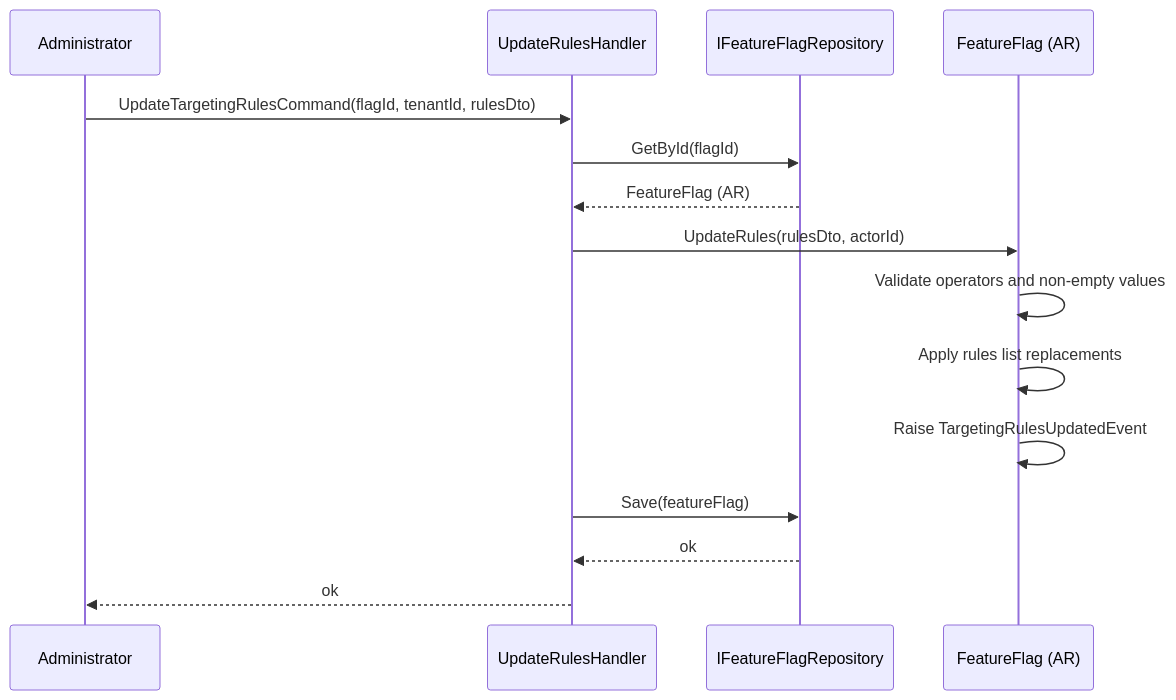
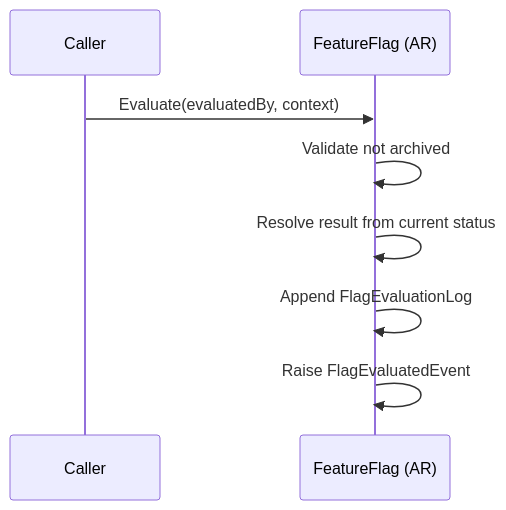
The second of 3 diagrams in docs/domain/configuration/feature-flag.md (beyondnetcode/ums), drawn with Mermaid before and after one commit. The commit also changed other lines of this file and 19 other files, not shown here.

````diff
--- a/docs/domain/configuration/feature-flag.md
+++ b/docs/domain/configuration/feature-flag.md
@@ -187,18 +99,11 @@
 ```mermaid
 sequenceDiagram
-    participant C as Administrator
-    participant H as UpdateRulesHandler
-    participant R as IFeatureFlagRepository
+    participant C as Caller
     participant F as FeatureFlag (AR)
 
-    C->>H: UpdateTargetingRulesCommand(flagId, tenantId, rulesDto)
-    H->>R: GetById(flagId)
-    R-->>H: FeatureFlag (AR)
-    H->>F: UpdateRules(rulesDto, actorId)
-    F->>F: Validate operators and non-empty values
-    F->>F: Apply rules list replacements
-    F->>F: Raise TargetingRulesUpdatedEvent
-    H->>R: Save(featureFlag)
-    R-->>H: ok
-    H-->>C: ok
+    C->>F: Evaluate(evaluatedBy, context)
+    F->>F: Validate not archived
+    F->>F: Resolve result from current status
+    F->>F: Append FlagEvaluationLog
+    F->>F: Raise FlagEvaluatedEvent
 ```
````
